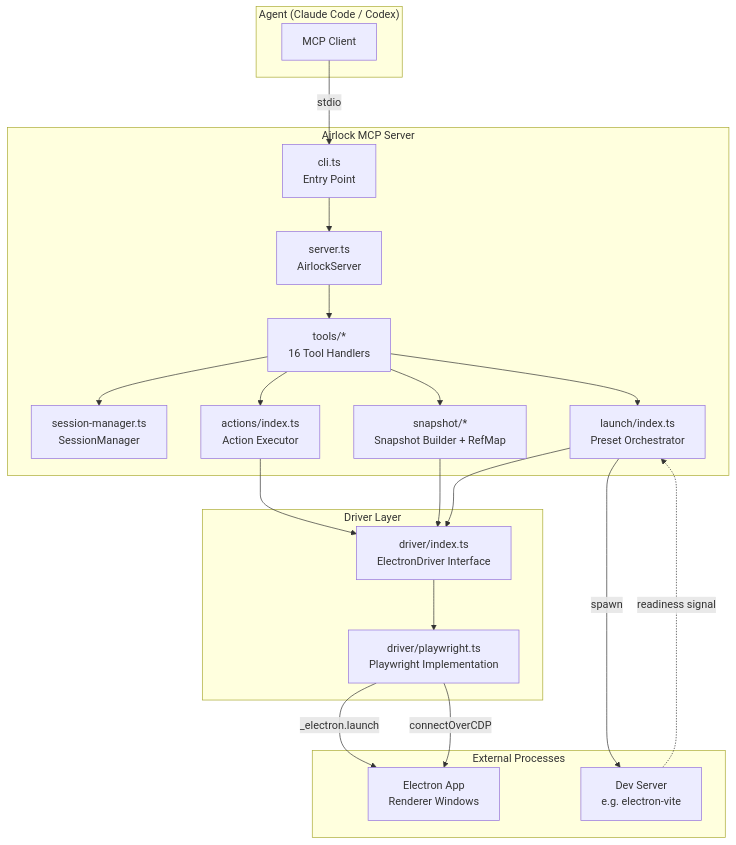
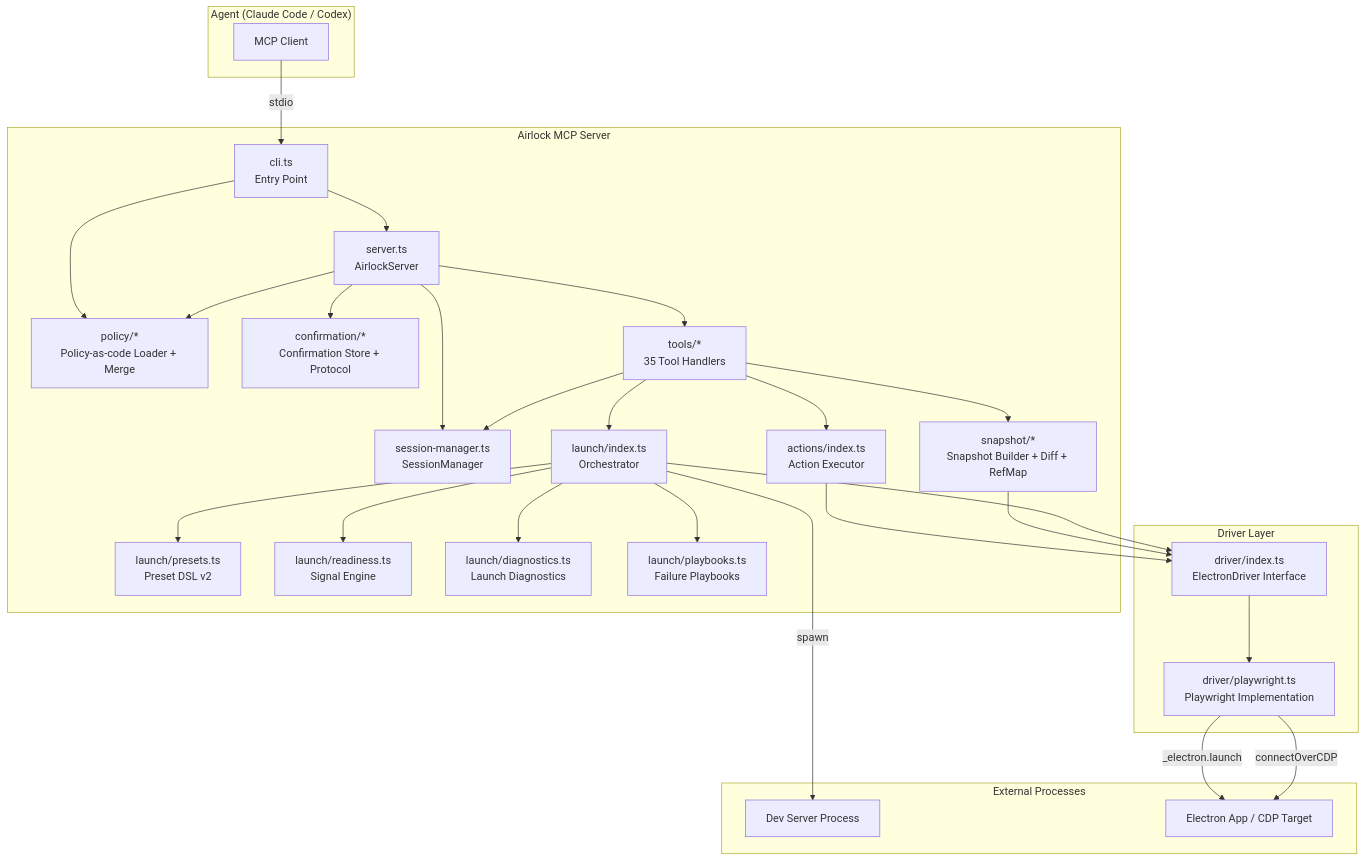
The first of 3 diagrams in docs/CODEBASE_MAP.md (rpalermodrums/airlock-electron-mcp), drawn with Mermaid before and after one commit. The commit also changed other lines of this file and 7 other files, not shown here.

````diff
--- a/docs/CODEBASE_MAP.md
+++ b/docs/CODEBASE_MAP.md
@@ -13,42 +13,55 @@
 ```mermaid
 graph TB
     subgraph Agent["Agent (Claude Code / Codex)"]
         MCP_Client[MCP Client]
     end
 
     subgraph Airlock["Airlock MCP Server"]
         CLI[cli.ts<br/>Entry Point]
         Server[server.ts<br/>AirlockServer]
+        Policy[policy/*<br/>Policy-as-code Loader + Merge]
+        Confirm[confirmation/*<br/>Confirmation Store + Protocol]
         SM[session-manager.ts<br/>SessionManager]
-        Tools[tools/*<br/>16 Tool Handlers]
+        Tools[tools/*<br/>35 Tool Handlers]
         Actions[actions/index.ts<br/>Action Executor]
-        Snap[snapshot/*<br/>Snapshot Builder + RefMap]
-        Launch[launch/index.ts<br/>Preset Orchestrator]
+        Snap[snapshot/*<br/>Snapshot Builder + Diff + RefMap]
+        Launch[launch/index.ts<br/>Orchestrator]
+        Presets[launch/presets.ts<br/>Preset DSL v2]
+        Readiness[launch/readiness.ts<br/>Signal Engine]
+        Diag[launch/diagnostics.ts<br/>Launch Diagnostics]
+        Playbooks[launch/playbooks.ts<br/>Failure Playbooks]
     end
 
     subgraph Driver["Driver Layer"]
         Interface[driver/index.ts<br/>ElectronDriver Interface]
         PW[driver/playwright.ts<br/>Playwright Implementation]
     end
 
     subgraph External["External Processes"]
-        DevServer[Dev Server<br/>e.g. electron-vite]
-        ElectronApp[Electron App<br/>Renderer Windows]
+        DevServer[Dev Server Process]
+        ElectronApp[Electron App / CDP Target]
     end
 
     MCP_Client -->|stdio| CLI
+    CLI --> Policy
     CLI --> Server
+    Server --> Confirm
+    Server --> SM
     Server --> Tools
-    Tools --> SM
+    Server --> Policy
     Tools --> Actions
     Tools --> Snap
     Tools --> Launch
+    Tools --> SM
+    Launch --> Presets
+    Launch --> Readiness
+    Launch --> Diag
+    Launch --> Playbooks
     Actions --> Interface
     Snap --> Interface
     Launch --> Interface
     Interface --> PW
     PW -->|_electron.launch| ElectronApp
     PW -->|connectOverCDP| ElectronApp
     Launch -->|spawn| DevServer
-    DevServer -.->|readiness signal| Launch
 ```
````
